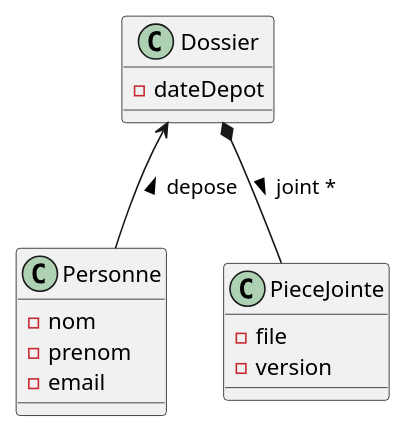
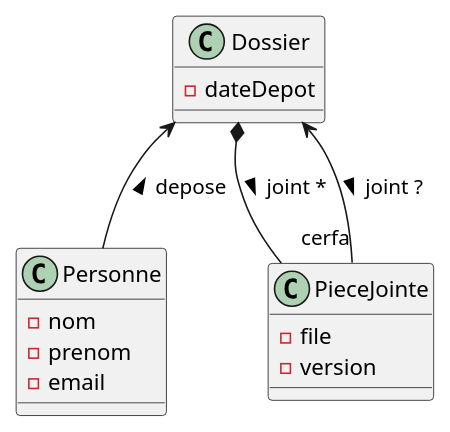
The diagram in src/main/docs/model.puml (MTES-MCT/declaration-travaux-api), drawn with PlantUML before and after one commit. The commit also changed 76 other files, not shown here.

```diff
--- a/src/main/docs/model.puml
+++ b/src/main/docs/model.puml
@@ -1,16 +1,17 @@
 @startuml RIEAU
 class Personne {
     - nom
     - prenom
     - email
 }
 class Dossier {
     - dateDepot
 }
 class PieceJointe {
     - file
     - version
 }
 Dossier *-- PieceJointe: joint * >
+Dossier <-- PieceJointe: joint ? > "cerfa"
 Dossier <-- Personne: depose <
 @enduml
```
